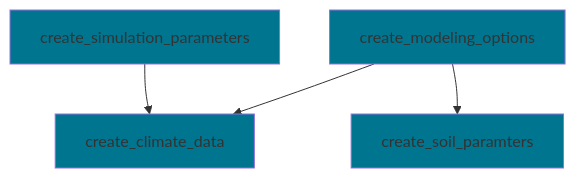
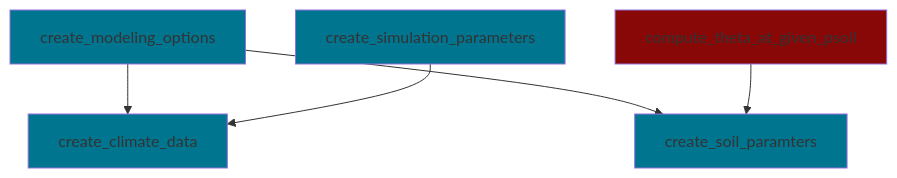
One commit to ecamo19/sureau_ecos_py changed the diagram in README.md. Above: the diagram before and after it, drawn with Mermaid.

Commit message:
Adding graph to readme

````diff
--- a/README.md
+++ b/README.md
@@ -22,21 +22,21 @@
 ```mermaid
     graph TD;
 
         create_modeling_options-->create_climate_data;
         create_simulation_parameters-->create_climate_data;
 
         create_modeling_options-->create_soil_paramters
+        compute_theta_at_given_psoil-->create_soil_paramters
 
         %% Blue color boxes ------------------------------------------------------------------
 
         style create_climate_data fill:#00758f
         style create_modeling_options fill:#00758f
         style create_simulation_parameters fill:#00758f
         style create_soil_paramters fill:#00758f
 
 
-        %% Red color boxes ------------------------------------------------------------------------
-
-        %%style write.ensemble.configs fill:#880808
+        %% Red color boxes --------------------------------------------------------------------
+        style compute_theta_at_given_psoil fill:#880808
 
 ```
````
